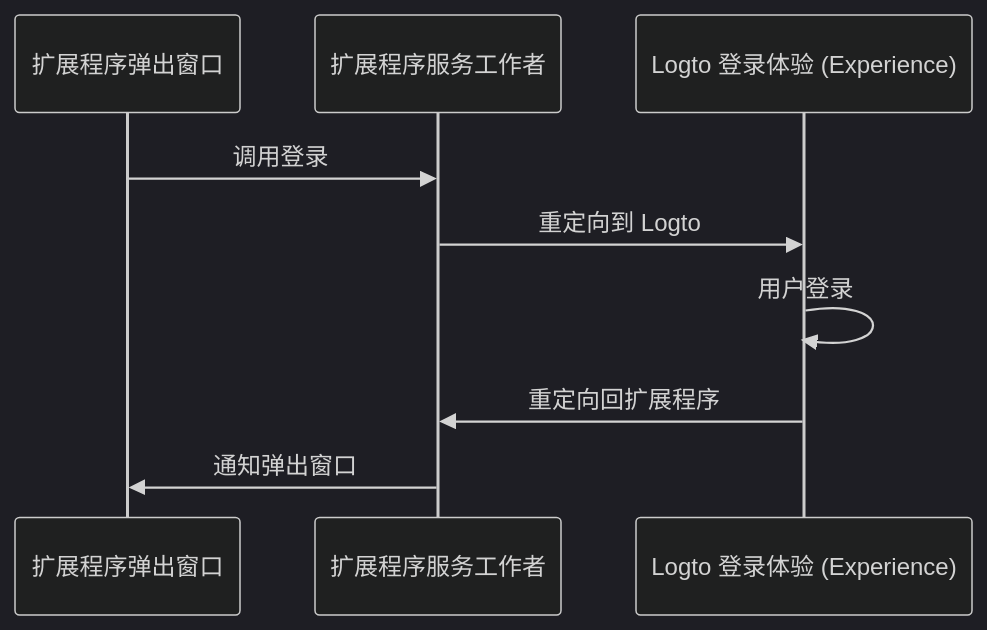
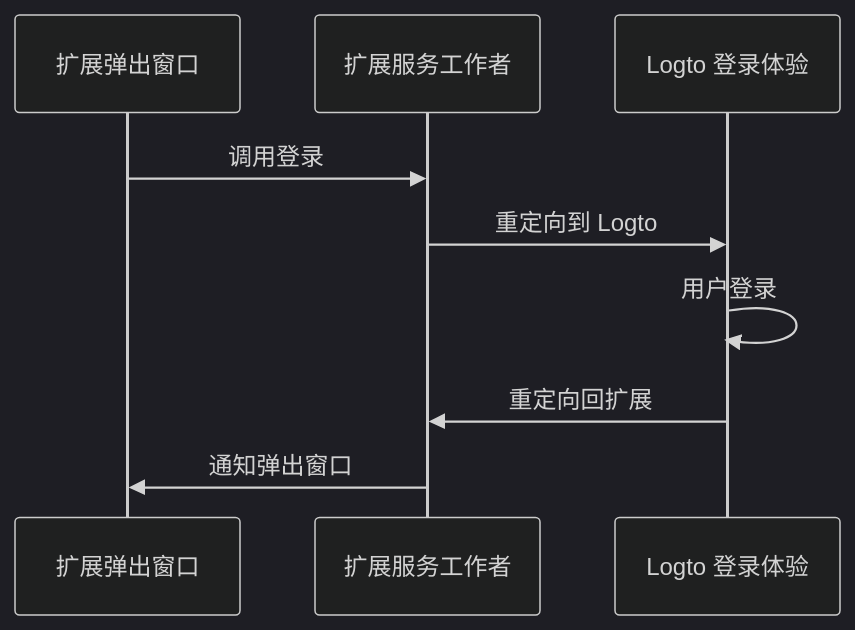
Before and after one commit to logto-io/docs: the diagram in i18n/zh-CN/docusaurus-plugin-content-docs/current/quick-starts/framework/chrome-extension/_integration.mdx, drawn with Mermaid (dark theme). The commit also changed other lines of this file and 2629 other files, not shown here.

````diff
--- a/i18n/zh-CN/docusaurus-plugin-content-docs/current/quick-starts/framework/chrome-extension/_integration.mdx
+++ b/i18n/zh-CN/docusaurus-plugin-content-docs/current/quick-starts/framework/chrome-extension/_integration.mdx
@@ -7,12 +9,12 @@
 ```mermaid
 sequenceDiagram
-  participant A as 扩展程序弹出窗口
-  participant B as 扩展程序服务工作者
-  participant C as Logto 登录体验 (Experience)
+  participant A as 扩展弹出窗口
+  participant B as 扩展服务工作者
+  participant C as Logto 登录体验
 
   A->>B: 调用登录
   B->>C: 重定向到 Logto
   C->>C: 用户登录
-  C->>B: 重定向回扩展程序
+  C->>B: 重定向回扩展
   B->>A: 通知弹出窗口
 ```
````
